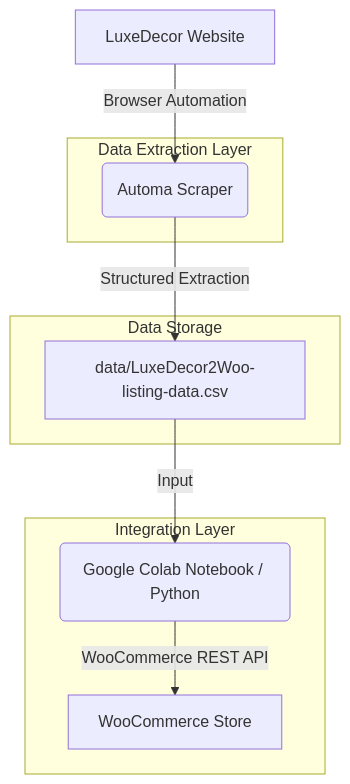
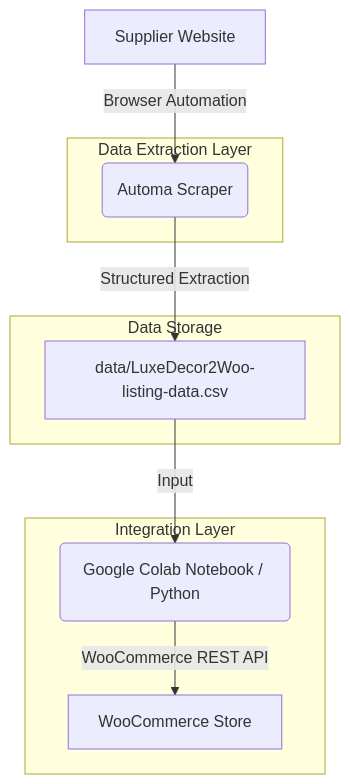
One commit to sah-automation/sah-automation changed the first of 3 diagrams in README.md. Above: the diagram before and after it, drawn with Mermaid.

````diff
--- a/README.md
+++ b/README.md
@@ -31,20 +31,20 @@
 ```mermaid
 graph TD
-    A[LuxeDecor Website] -->|Browser Automation| B(Automa Scraper)
+    A[Supplier Website] -->|Browser Automation| B(Automa Scraper)
     B -->|Structured Extraction| C[data/LuxeDecor2Woo-listing-data.csv]
     C -->|Input| D(Google Colab Notebook / Python)
     D -->|WooCommerce REST API| E[WooCommerce Store]
     
     subgraph "Data Extraction Layer"
     B
     end
     
     subgraph "Data Storage"
     C
     end
     
     subgraph "Integration Layer"
     D
     E
     end
 ```
````
